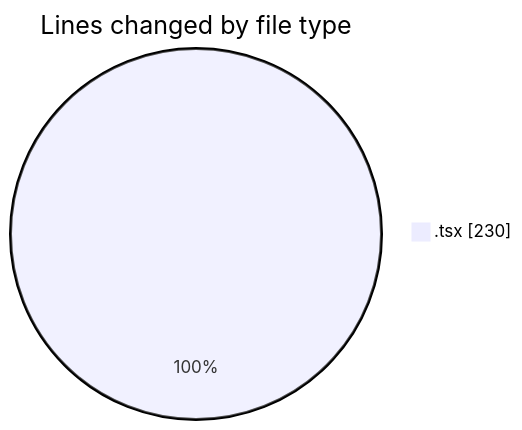
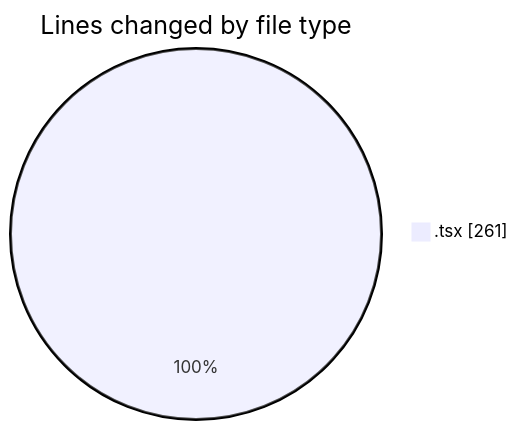
The first of 2 diagrams in 2025-06-17/cda/README.md (momahboobian/code-tracking), drawn with Mermaid before and after one commit. The commit also changed other lines of this file and 1 other file, not shown here.

````diff
--- a/2025-06-17/cda/README.md
+++ b/2025-06-17/cda/README.md
@@ -21,5 +21,5 @@
 ```mermaid
 pie showData
 title Lines changed by file type
-".tsx" : 230
+".tsx" : 261
 ```
````
